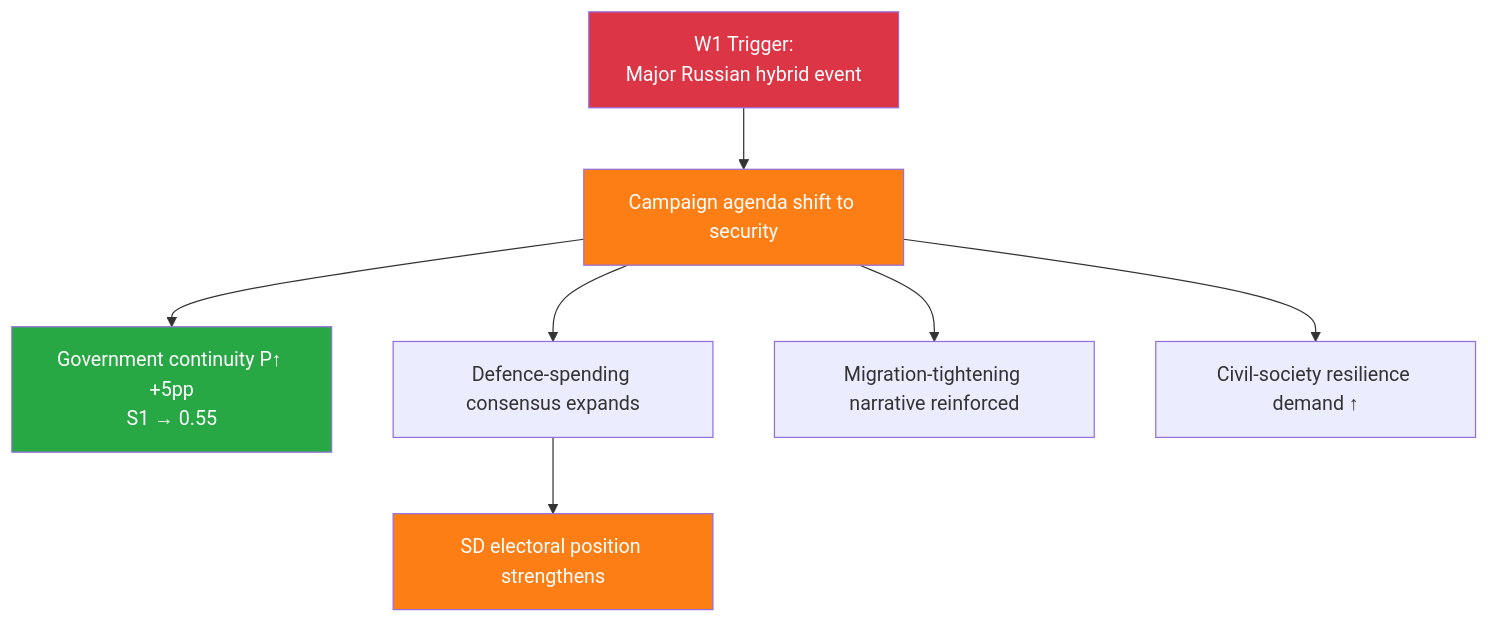
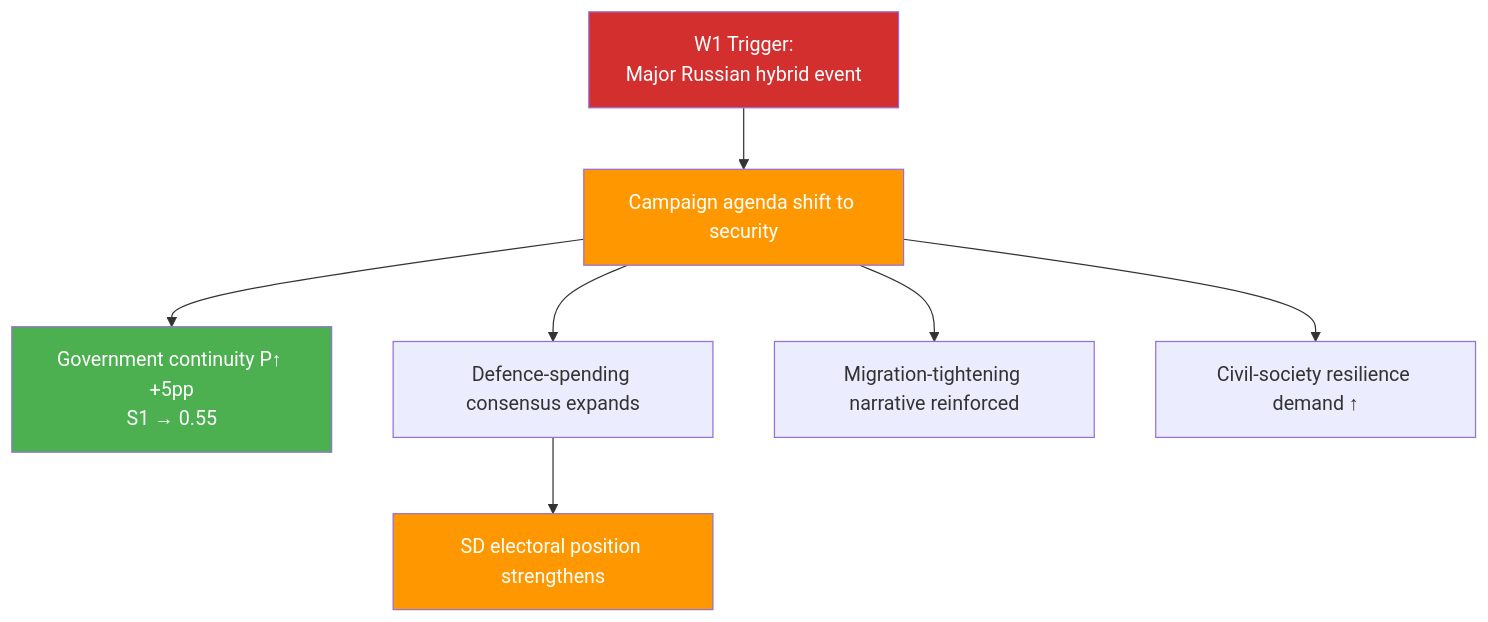
Before and after one commit to Hack23/riksdagsmonitor: the first of 2 diagrams in analysis/daily/2026-04-18/weekly-review/scenario-analysis.md, drawn with Mermaid. The commit also changed other lines of this file and 785 other files, not shown here.

First line of the commit message:
Normalize mermaid colors across 786 analysis artifacts to ISMS Style Guide palette

````diff
--- a/analysis/daily/2026-04-18/weekly-review/scenario-analysis.md
+++ b/analysis/daily/2026-04-18/weekly-review/scenario-analysis.md
@@ -140,15 +140,15 @@
 ```mermaid
 flowchart TD
     W1["W1 Trigger:<br/>Major Russian hybrid event"]
     W1 --> SHIFT["Campaign agenda shift to security"]
     SHIFT --> GOV_UP["Government continuity P↑ +5pp<br/>S1 → 0.55"]
     SHIFT --> CONS["Defence-spending consensus expands"]
     SHIFT --> MIGR["Migration-tightening narrative reinforced"]
     SHIFT --> CIV["Civil-society resilience demand ↑"]
     CONS --> SD_UP["SD electoral position strengthens"]
     
-    style W1 fill:#dc3545,color:#fff
-    style SHIFT fill:#fd7e14,color:#fff
-    style GOV_UP fill:#28a745,color:#fff
-    style SD_UP fill:#fd7e14,color:#fff
+    style W1 fill:#D32F2F,color:#FFFFFF
+    style SHIFT fill:#FF9800,color:#FFFFFF
+    style GOV_UP fill:#4CAF50,color:#FFFFFF
+    style SD_UP fill:#FF9800,color:#FFFFFF
 ```
````
